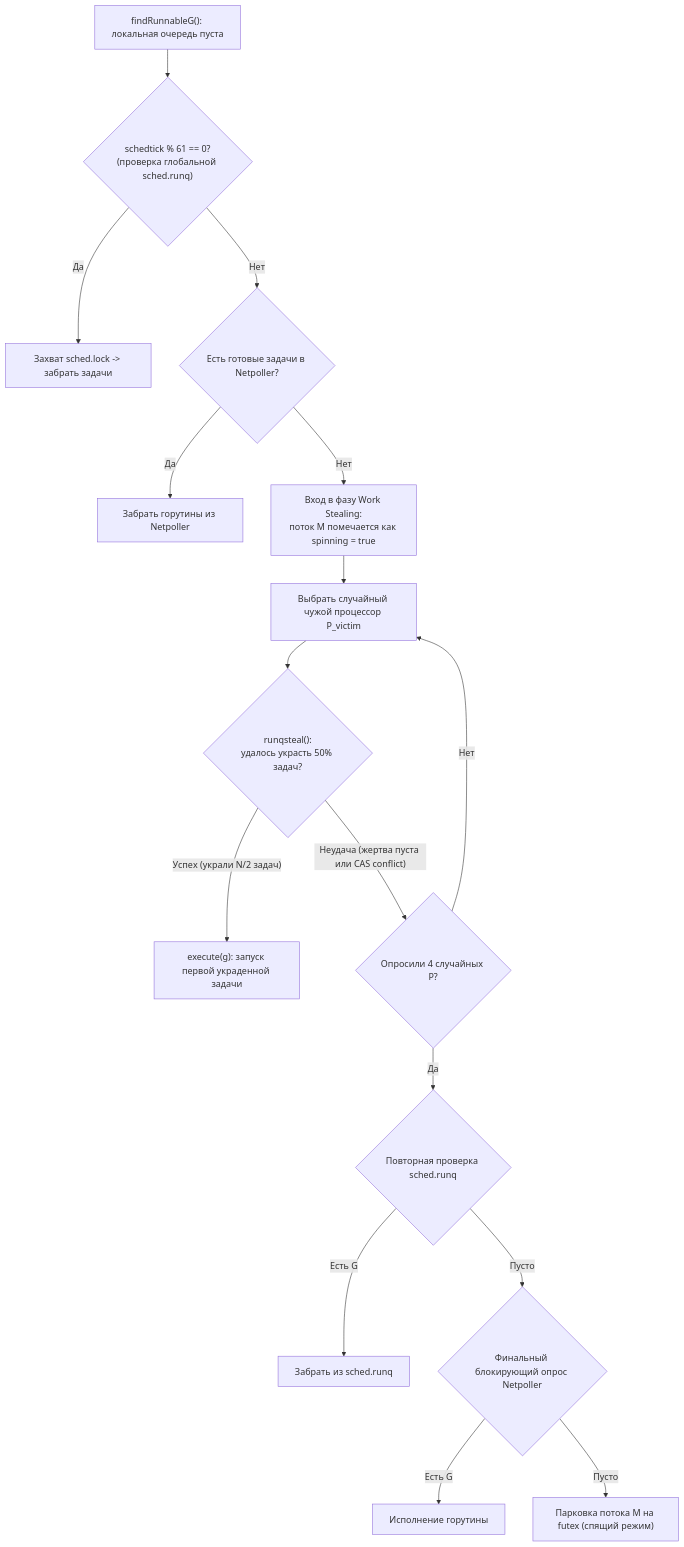
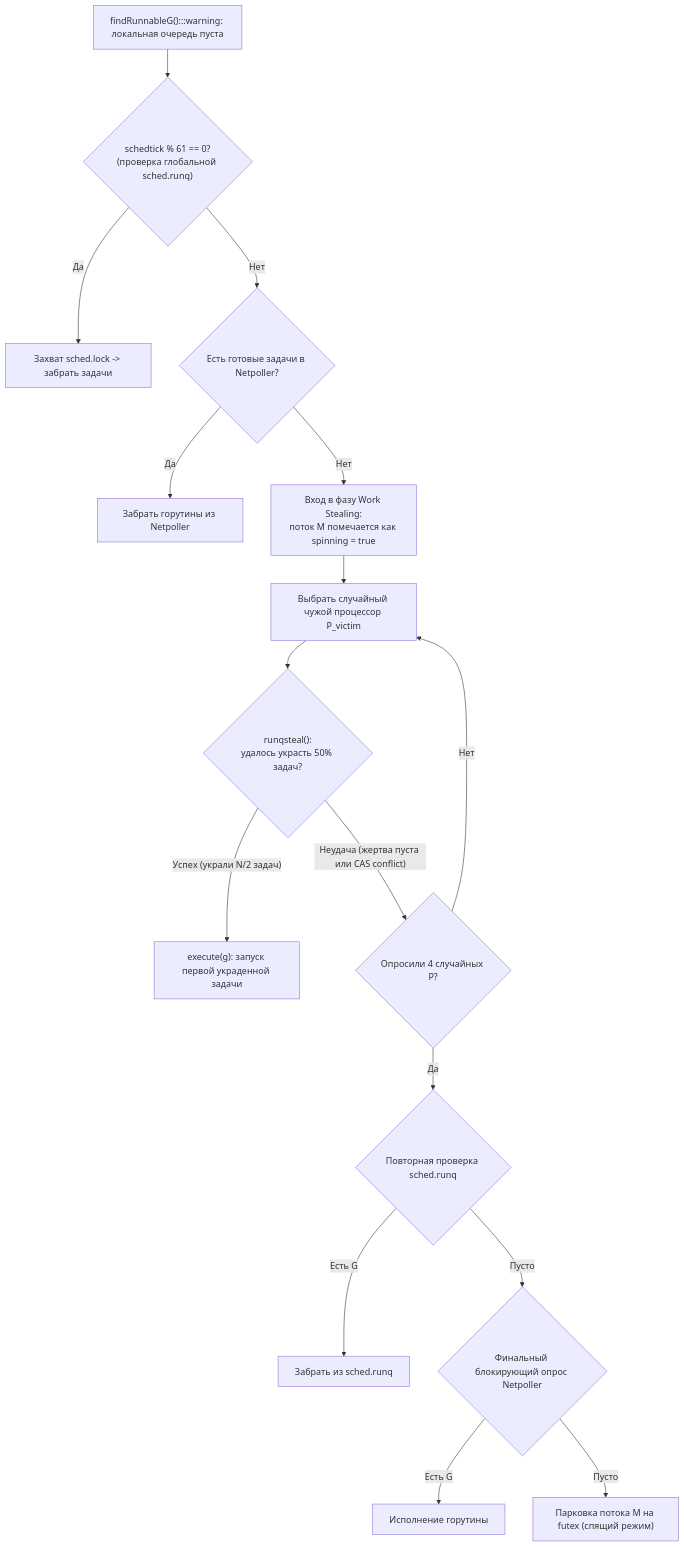
One commit to UnrealTemplier/go-textbook changed the second of 3 diagrams in sources/16. Профилирование, отладка и производительность/06. Конкурентность/3. Work stealing.md. Above: the diagram before and after it, drawn with Mermaid. The commit also changed other lines of this file and 1666 other files, not shown here.

First line of the commit message:
feat(mermaid): add semantic color classDef to 1369 colorless flowchart/graph diagrams

````diff
--- a/sources/16. Профилирование, отладка и производительность/06. Конкурентность/3. Work stealing.md
+++ b/sources/16. Профилирование, отладка и производительность/06. Конкурентность/3. Work stealing.md
@@ -65,23 +75,33 @@
 ```mermaid
 flowchart TD
-    Start["findRunnableG(): локальная очередь пуста"] --> CheckGlobal{"schedtick % 61 == 0?<br/>(проверка глобальной sched.runq)"}
+    classDef process  fill:#1e293b,stroke:#38bdf8,stroke-width:1px,color:#f8fafc
+    classDef success  fill:#064e3b,stroke:#34d399,stroke-width:1px,color:#f8fafc
+    classDef error    fill:#7f1d1d,stroke:#f87171,stroke-width:1px,color:#f8fafc
+    classDef warning  fill:#78350f,stroke:#fbbf24,stroke-width:1px,color:#f8fafc
+    classDef entry    fill:#1e3a5f,stroke:#38bdf8,stroke-width:2px,color:#f8fafc
+    classDef aux      fill:#334155,stroke:#64748b,stroke-width:1px,color:#f8fafc
+    classDef system   fill:#312e81,stroke:#a78bfa,stroke-width:1px,color:#f8fafc
+    classDef data     fill:#132d29,stroke:#2dd4bf,stroke-width:1px,color:#f8fafc
+    classDef network  fill:#881337,stroke:#fb7185,stroke-width:1px,color:#f8fafc
+    classDef accent   fill:#1e1b4b,stroke:#818cf8,stroke-width:1px,color:#f8fafc
+    Start["findRunnableG():::warning: локальная очередь пуста"] --> CheckGlobal{"schedtick % 61 == 0?<br/>(проверка глобальной sched.runq)"}
     CheckGlobal -- Да --> GetGlobal["Захват sched.lock -> забрать задачи"]
     CheckGlobal -- Нет --> CheckNetpoll1{"Есть готовые задачи в Netpoller?"}
     
     CheckNetpoll1 -- Да --> TakeNet1["Забрать горутины из Netpoller"]
     CheckNetpoll1 -- Нет --> StealLoop["Вход в фазу Work Stealing:<br/>поток M помечается как spinning = true"]
     
     StealLoop --> PickVictim["Выбрать случайный чужой процессор P_victim"]
     PickVictim --> ExecSteal{"runqsteal():<br/>удалось украсть 50% задач?"}
     
     ExecSteal -- "Успех (украли N/2 задач)" --> Done["execute(g): запуск первой украденной задачи"]
     ExecSteal -- "Неудача (жертва пуста или CAS conflict)" --> NextVictim{"Опросили 4 случайных P?"}
     
     NextVictim -- Нет --> PickVictim
     NextVictim -- Да --> CheckGlobalFinal{"Повторная проверка sched.runq"}
     
     CheckGlobalFinal -- Есть G --> TakeGlobalFinal["Забрать из sched.runq"]
     CheckGlobalFinal -- Пусто --> FinalNetpoll{"Финальный блокирующий опрос Netpoller"}
     FinalNetpoll -- Есть G --> RunNet["Исполнение горутины"]
     FinalNetpoll -- Пусто --> SleepM["Парковка потока M на futex (спящий режим)"]
 ```
````
